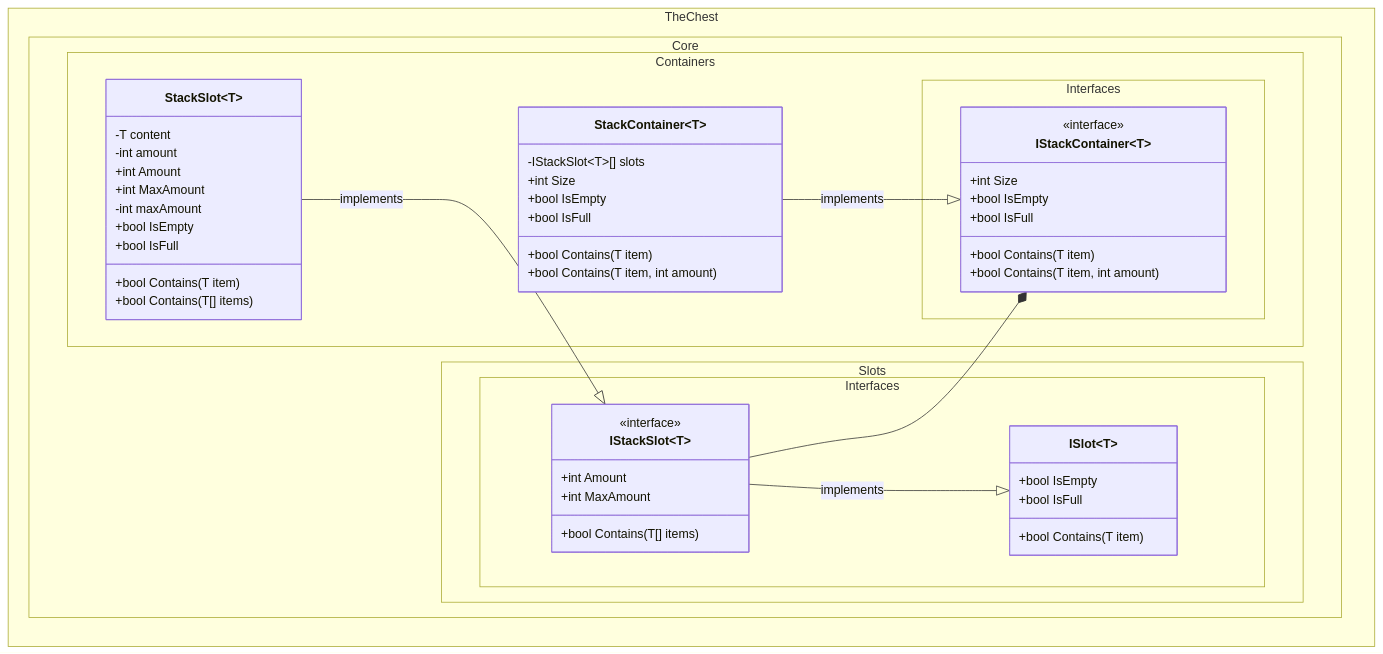
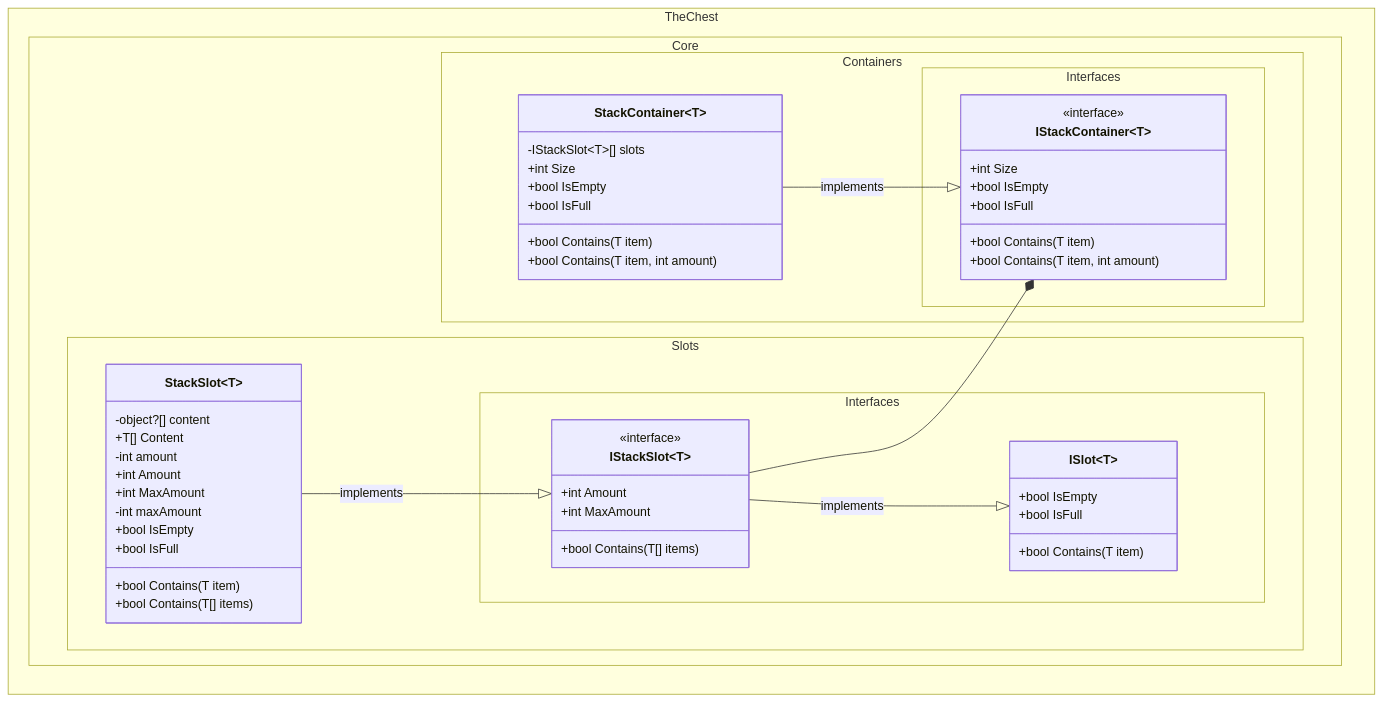
One commit to The-Chest/TheChest.Core changed the second of 3 diagrams in docs/class_diagram.md. Above: the diagram before and after it, drawn with Mermaid. The commit also changed other lines of this file and 99 other files, not shown here.

````diff
--- a/docs/class_diagram.md
+++ b/docs/class_diagram.md
@@ -65,61 +66,65 @@
 ```mermaid
 ---
 config:
   theme: mc
   look: classic
   class:
     hideEmptyMembersBox: true
 ---
 classDiagram
 direction BT
 	namespace TheChest.Core.Containers.Interfaces {
 		class IStackContainer~T~ {
 	        +int Size
 	        +bool IsEmpty
 	        +bool IsFull
 	        +bool Contains(T item)
 			+bool Contains(T item, int amount)
         }
 	}
 	namespace TheChest.Core.Slots.Interfaces {
         class ISlot~T~ {
 	        +bool IsEmpty
 	        +bool IsFull
 	        +bool Contains(T item)
         }
         class IStackSlot~T~ {
             +int Amount
             +int MaxAmount
 	        +bool Contains(T[] items)
         }
 	}
 	namespace TheChest.Core.Containers {
 		class StackContainer~T~ {
 			-IStackSlot~T~[] slots
 	        +int Size
 	        +bool IsEmpty
 	        +bool IsFull
 	        +bool Contains(T item)
 			+bool Contains(T item, int amount)
         }
+	}
+
+	namespace TheChest.Core.Slots {
 		class StackSlot~T~{
-			-T content
+			-object?[] content
+			+T[] Content
 			-int amount            
 			+int Amount
             +int MaxAmount
 			-int maxAmount
 	        +bool IsEmpty
 	        +bool IsFull
 	        +bool Contains(T item)
 	        +bool Contains(T[] items)
 		}
 	}
 
 	<<interface>> IStackContainer
     <<interface>> IStackSlot
 
     StackContainer --|> IStackContainer : implements
     IStackSlot --|> ISlot : implements
     StackSlot --|> IStackSlot : implements
     IStackSlot --* IStackContainer
 ```
````
